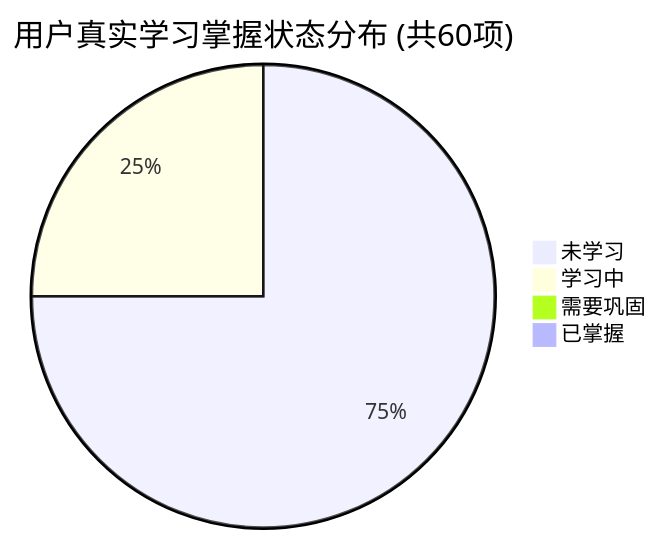
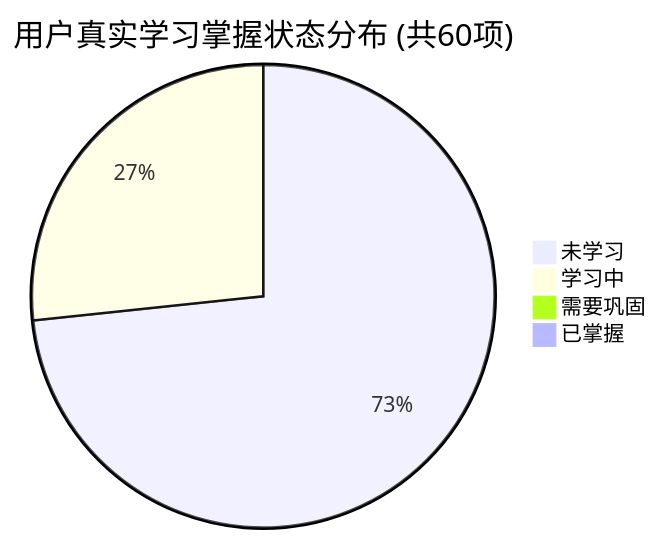
One commit to tieke1121/tech-interview-knowledge-base changed the first of 2 diagrams in PROGRESS.md. Above: the diagram before and after it, drawn with Mermaid. The commit also changed other lines of this file and 1 other file, not shown here.

````diff
--- a/PROGRESS.md
+++ b/PROGRESS.md
@@ -27,7 +27,7 @@
 ```mermaid
 pie title 用户真实学习掌握状态分布 (共60项)
-    "未学习" : 45
-    "学习中" : 15
+    "未学习" : 44
+    "学习中" : 16
     "需要巩固" : 0
     "已掌握" : 0
 ```
````
